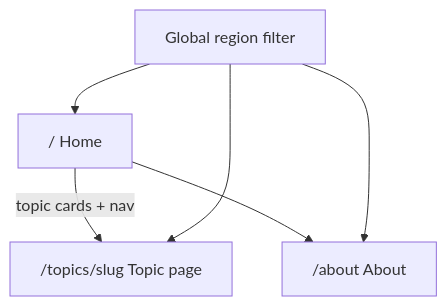
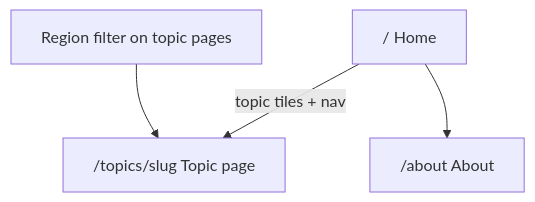
One commit to tommyarmstrong/uk-census-data changed the diagram in docs/ia.md. Above: the diagram before and after it, drawn with Mermaid. The commit also changed other lines of this file and 13 other files, not shown here.

First line of the commit message:
chore(UI): polish chart chrome, topic spacing, and data-state copy

````diff
--- a/docs/ia.md
+++ b/docs/ia.md
@@ -19,12 +19,10 @@
 ```mermaid
 flowchart TD
   Home["/ Home"]
   Topic["/topics/slug Topic page"]
   About["/about About"]
-  Home -->|topic cards + nav| Topic
+  Home -->|topic tiles + nav| Topic
   Home --> About
-  Region["Global region filter"]
-  Region --> Home
+  Region["Region filter on topic pages"]
   Region --> Topic
-  Region --> About
 ```
````
